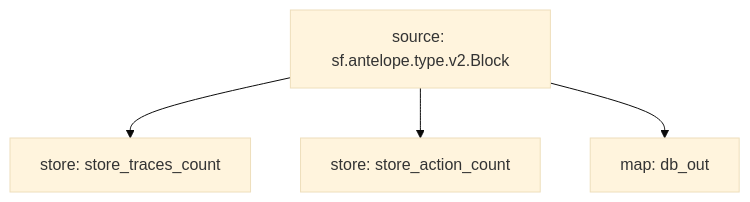
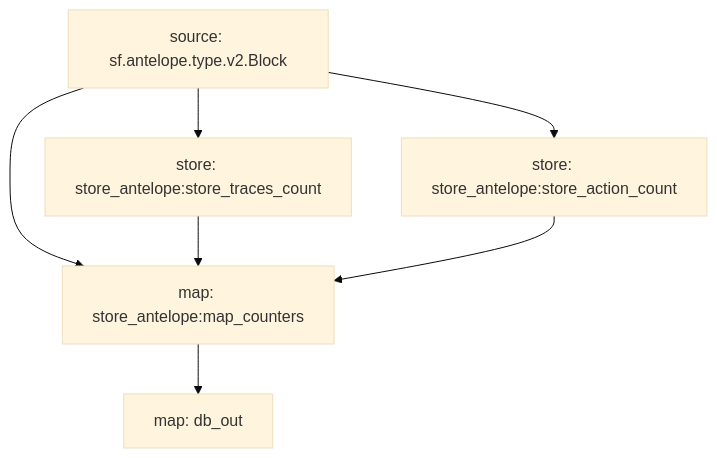
One commit to pinax-network/subtivity-substreams changed the diagram in chains/antelope/README.md. Above: the diagram before and after it, drawn with Mermaid (base theme). The commit also changed other lines of this file and 8 other files, not shown here.

````diff
--- a/chains/antelope/README.md
+++ b/chains/antelope/README.md
@@ -11,9 +11,13 @@
 ```mermaid
 graph TD;
-  store_traces_count[store: store_traces_count]
-  sf.antelope.type.v2.Block[source: sf.antelope.type.v2.Block] --> store_traces_count
-  store_action_count[store: store_action_count]
-  sf.antelope.type.v2.Block[source: sf.antelope.type.v2.Block] --> store_action_count
   db_out[map: db_out]
-  sf.antelope.type.v2.Block[source: sf.antelope.type.v2.Block] --> db_out
+  store_antelope:map_counters --> db_out
+  store_antelope:store_traces_count[store: store_antelope:store_traces_count]
+  sf.antelope.type.v2.Block[source: sf.antelope.type.v2.Block] --> store_antelope:store_traces_count
+  store_antelope:store_action_count[store: store_antelope:store_action_count]
+  sf.antelope.type.v2.Block[source: sf.antelope.type.v2.Block] --> store_antelope:store_action_count
+  store_antelope:map_counters[map: store_antelope:map_counters]
+  sf.antelope.type.v2.Block[source: sf.antelope.type.v2.Block] --> store_antelope:map_counters
+  store_antelope:store_traces_count --> store_antelope:map_counters
+  store_antelope:store_action_count --> store_antelope:map_counters
 ```
````
